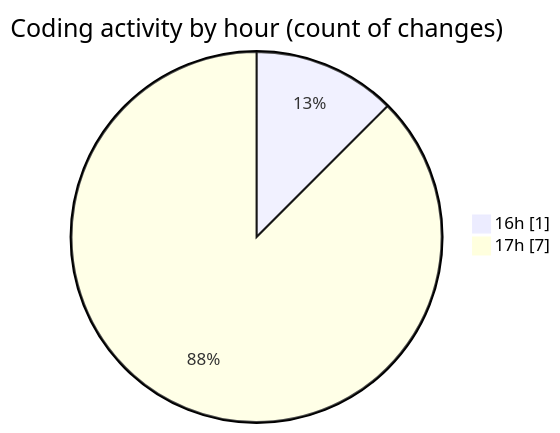
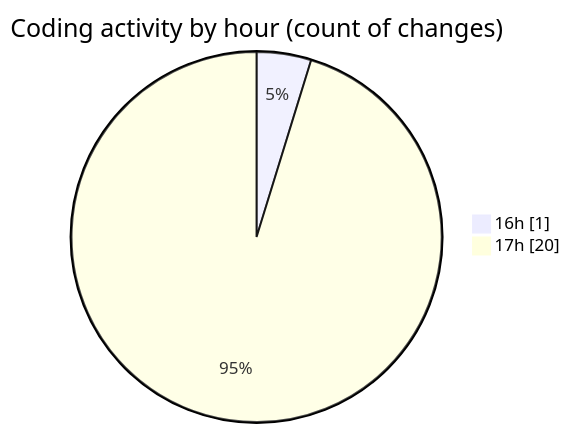
The second of 2 diagrams in 2025-05-27/studio-backend/README.md (idhammustaqopulfikri/code-tracking), drawn with Mermaid before and after one commit. The commit also changed other lines of this file and 1 other file, not shown here.

````diff
--- a/2025-05-27/studio-backend/README.md
+++ b/2025-05-27/studio-backend/README.md
@@ -34,6 +40,6 @@
 ```mermaid
 pie showData
 title Coding activity by hour (count of changes)
 "16h" : 1
-"17h" : 7
+"17h" : 20
 ```
````
